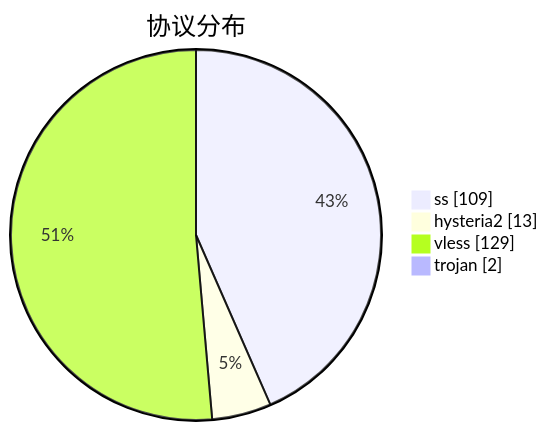
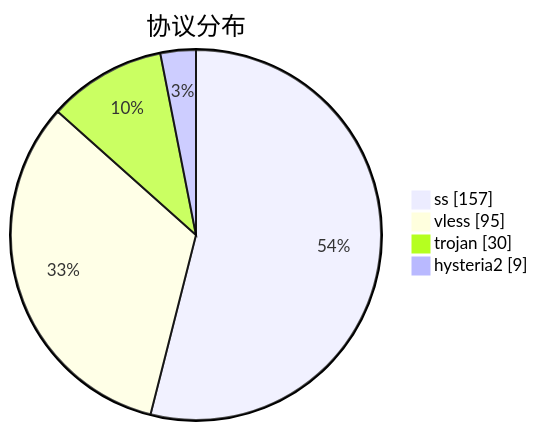
The third of 3 diagrams in subs/statistics/tested_within.md (qjlxg/airport), drawn with Mermaid before and after one commit. The commit also changed other lines of this file and 2 other files, not shown here.

````diff
--- a/subs/statistics/tested_within.md
+++ b/subs/statistics/tested_within.md
@@ -18,8 +19,8 @@
 ```mermaid
 pie showData
 title 协议分布
-"ss" : 109
-"hysteria2" : 13
-"vless" : 129
-"trojan" : 2
+"ss" : 157
+"vless" : 95
+"trojan" : 30
+"hysteria2" : 9
 ```
````
